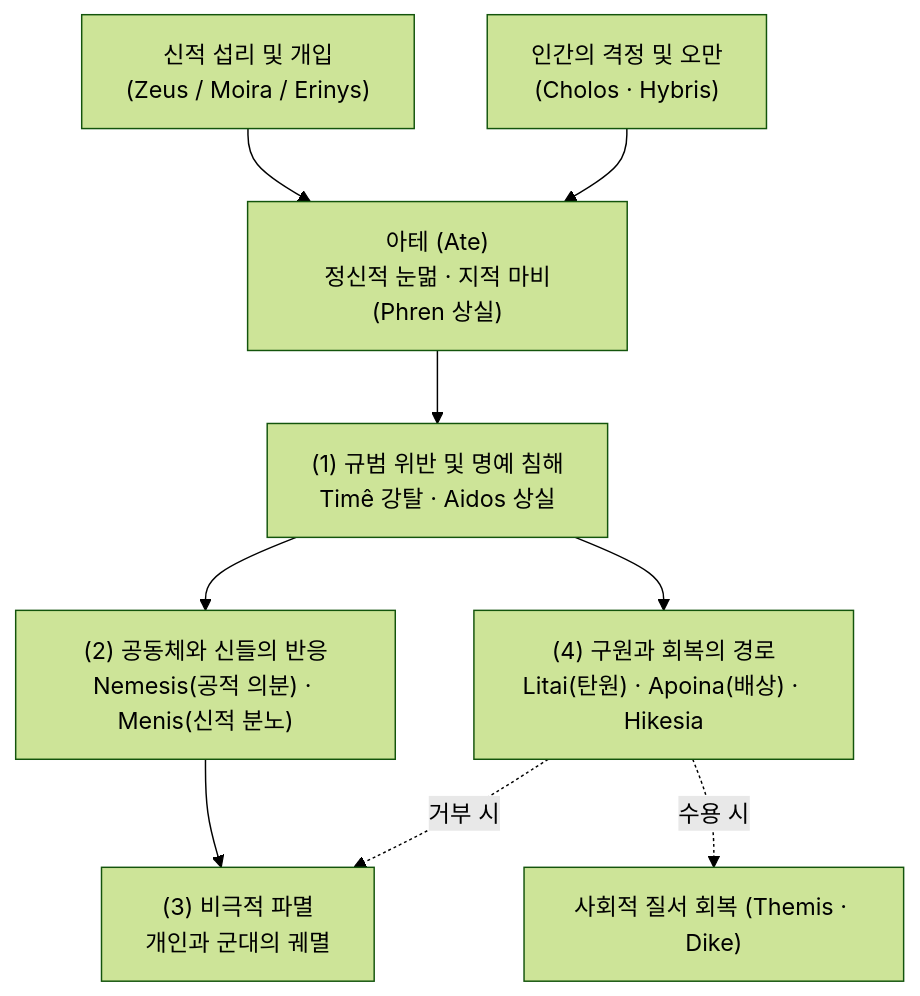
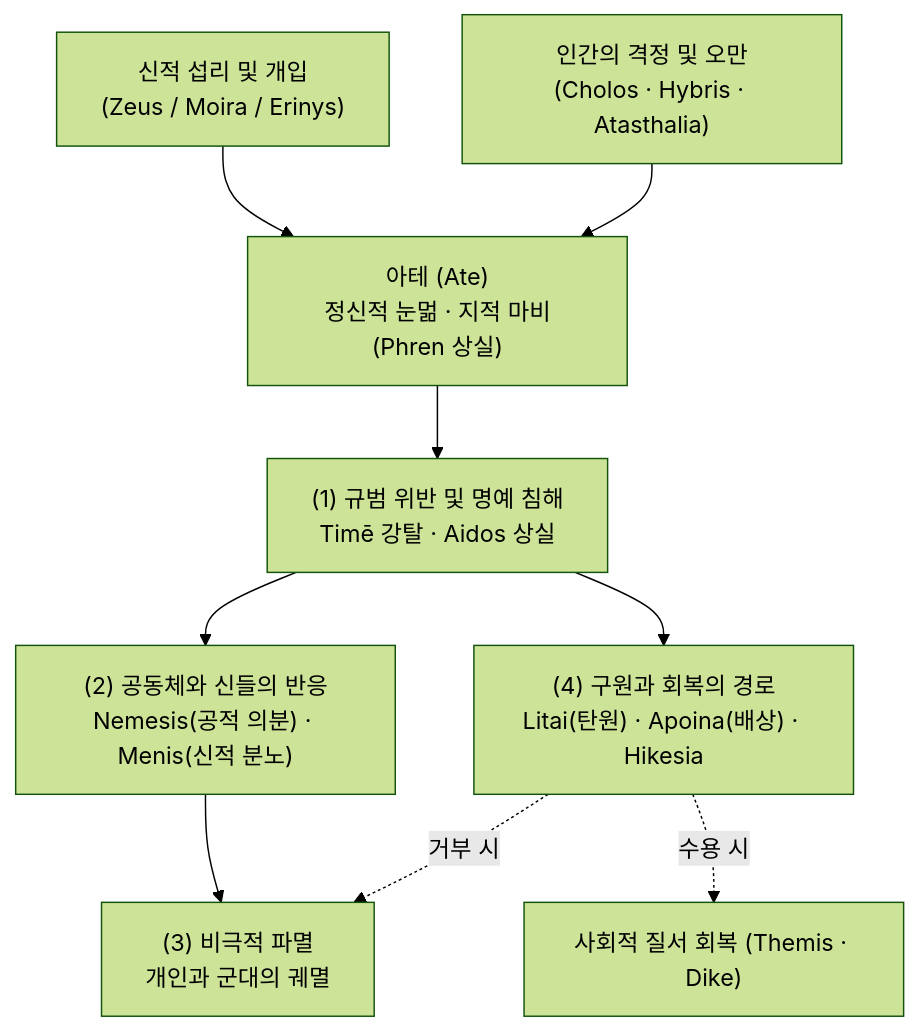
The second of 2 diagrams in wiki/concepts/concept-ate.md (YgHnSIM/Homer_wiki), drawn with Mermaid (forest theme) before and after one commit. The commit also changed other lines of this file and 4 other files, not shown here.

````diff
--- a/wiki/concepts/concept-ate.md
+++ b/wiki/concepts/concept-ate.md
@@ -147,11 +150,11 @@
 ```mermaid
 graph TD
     A["신적 섭리 및 개입<br/>(Zeus / Moira / Erinys)"] --> B["아테 (Ate)<br/>정신적 눈멂 · 지적 마비(Phren 상실)"]
-    C["인간의 격정 및 오만<br/>(Cholos · Hybris)"] --> B
-    B --> D["(1) 규범 위반 및 명예 침해<br/>Timê 강탈 · Aidos 상실"]
+    C["인간의 격정 및 오만<br/>(Cholos · Hybris · Atasthalia)"] --> B
+    B --> D["(1) 규범 위반 및 명예 침해<br/>Timē 강탈 · Aidos 상실"]
     D --> E["(2) 공동체와 신들의 반응<br/>Nemesis(공적 의분) · Menis(신적 분노)"]
     E --> F["(3) 비극적 파멸<br/>개인과 군대의 궤멸"]
     D --> G["(4) 구원과 회복의 경로<br/>Litai(탄원) · Apoina(배상) · Hikesia"]
     G -.->|수용 시| H["사회적 질서 회복 (Themis · Dike)"]
     G -.->|거부 시| F
 ```
````
